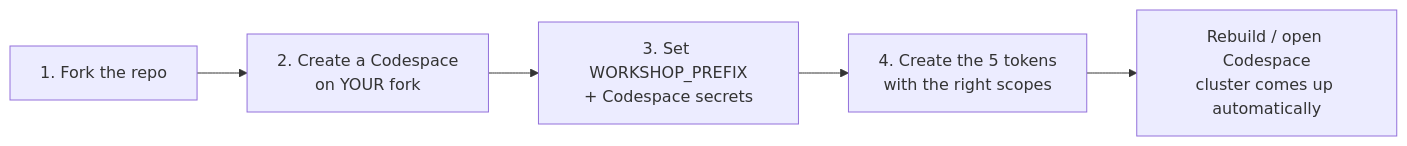
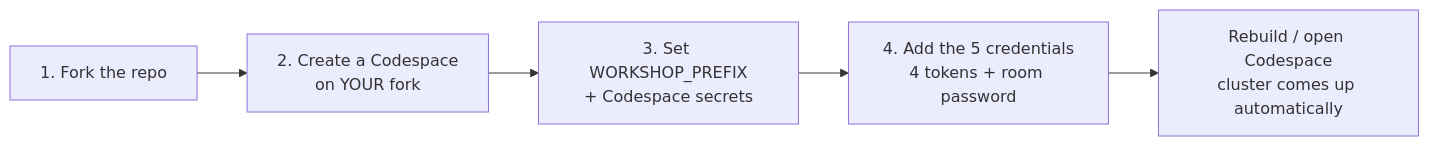
One commit to henrikrexed/dynatrace-AI-Agent-Workshop changed the diagram in docs/start-benchmark.md. Above: the diagram before and after it, drawn with Mermaid. The commit also changed other lines of this file and 8 other files, not shown here.

````diff
--- a/docs/start-benchmark.md
+++ b/docs/start-benchmark.md
@@ -10,7 +10,7 @@
 ```mermaid
 flowchart LR
   A[1. Fork the repo] --> B[2. Create a Codespace<br/>on YOUR fork]
   B --> C[3. Set WORKSHOP_PREFIX<br/>+ Codespace secrets]
-  C --> D[4. Create the 5 tokens<br/>with the right scopes]
+  C --> D[4. Add the 5 credentials<br/>4 tokens + room password]
   D --> E[Rebuild / open Codespace<br/>cluster comes up automatically]
 ```
````
